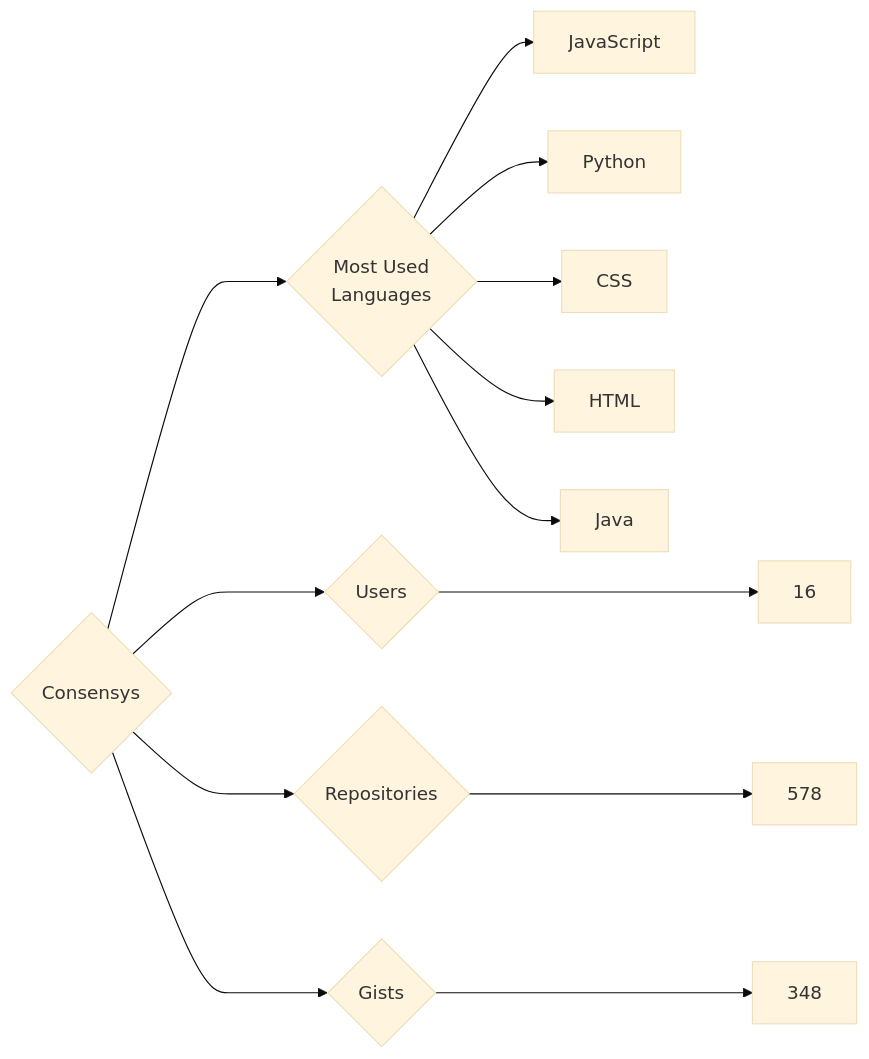
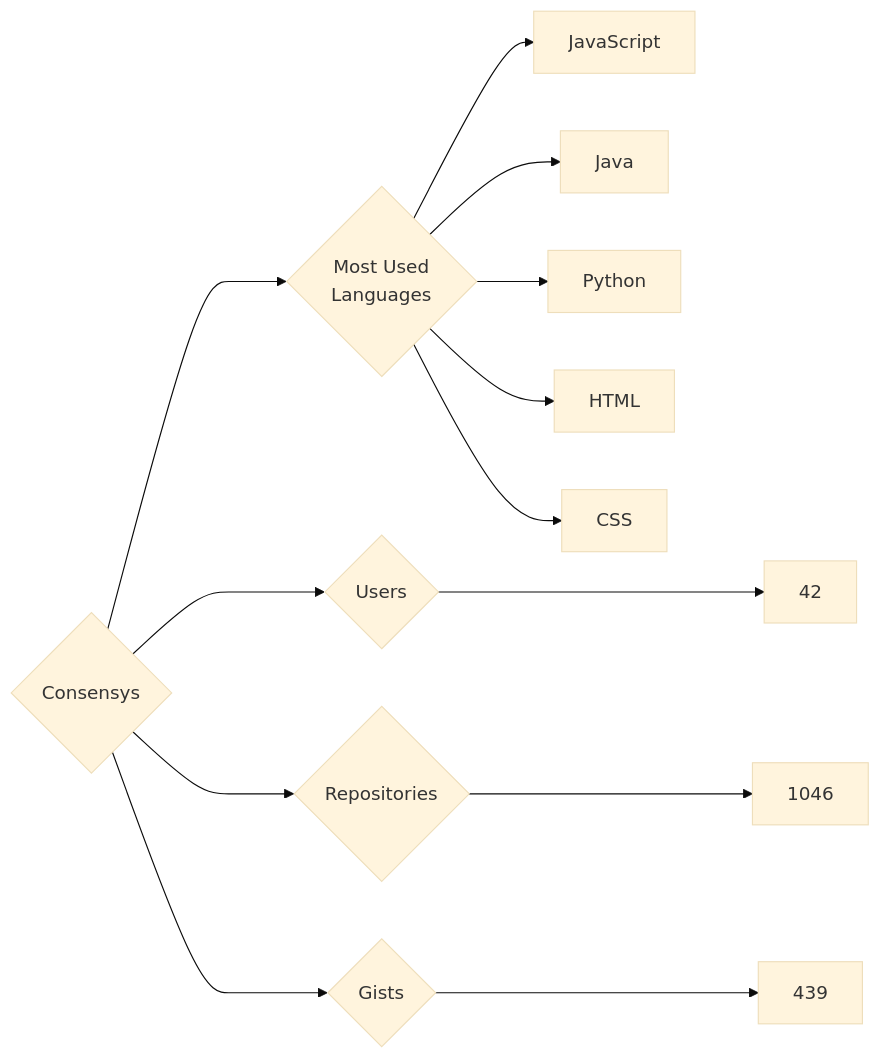
One commit to trickest/insiders changed the diagram in targets/Consensys/README.md. Above: the diagram before and after it, drawn with Mermaid (base theme). The commit also changed 899 other files, not shown here.

````diff
--- a/targets/Consensys/README.md
+++ b/targets/Consensys/README.md
@@ -3,13 +3,13 @@
 ```mermaid
 graph LR
 COMPANY_NAME{Consensys}
-COMPANY_NAME ---> U{Users} ---> UN[16]
-COMPANY_NAME ---> R{Repositories} ---> RN[578]
-COMPANY_NAME ---> G{Gists} ---> GN[348]
+COMPANY_NAME ---> U{Users} ---> UN[42]
+COMPANY_NAME ---> R{Repositories} ---> RN[1046]
+COMPANY_NAME ---> G{Gists} ---> GN[439]
 COMPANY_NAME ---> ML{Most Used<br>Languages}
 ML --> JavaScript[JavaScript]
+ML --> Java[Java]
 ML --> Python[Python]
+ML --> HTML[HTML]
 ML --> CSS[CSS]
-ML --> HTML[HTML]
-ML --> Java[Java]
 ```
````
